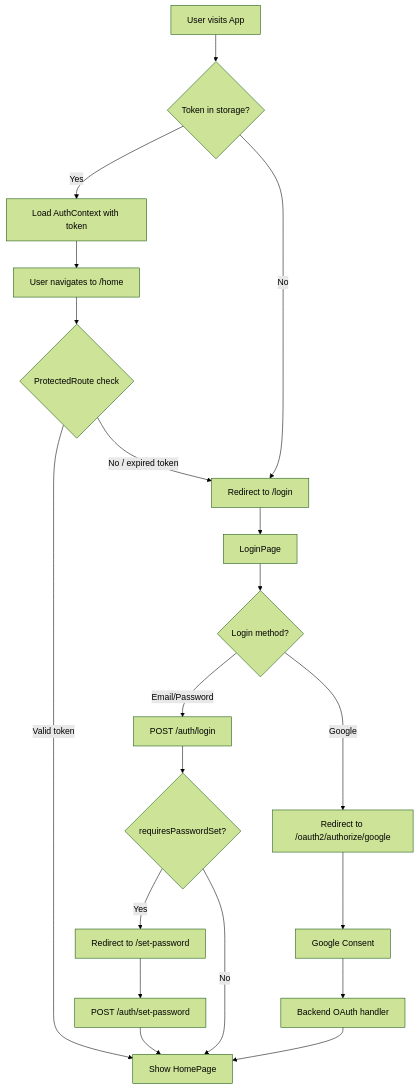
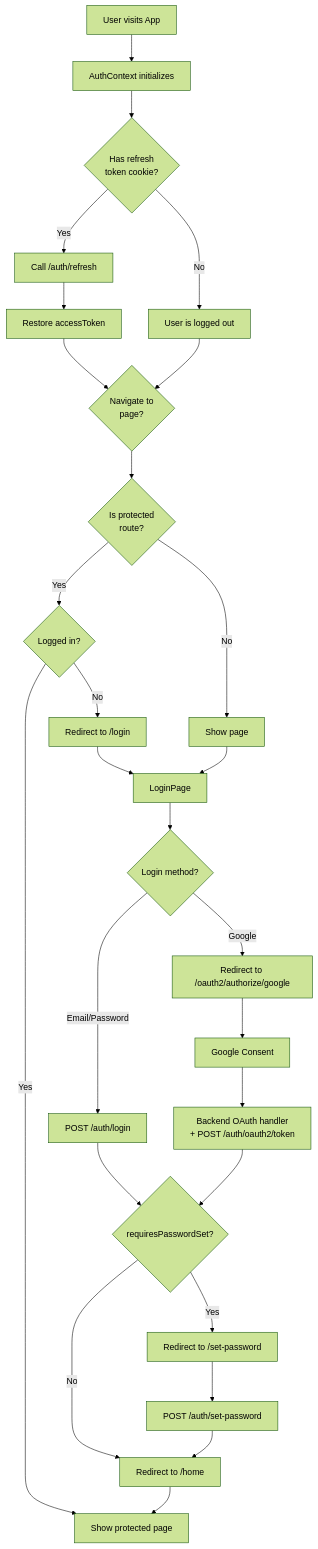
The first of 6 diagrams in docs/frontend-readme.md (akash-beura/login-system), drawn with Mermaid (forest theme) before and after one commit. The commit also changed other lines of this file and 136 other files, not shown here.

First line of the commit message:
[Feat] Added homepage + optimised login flow + restructured file structure + added monorepo. (#1)

````diff
--- a/docs/frontend-readme.md
+++ b/docs/frontend-readme.md
@@ -250,22 +492,29 @@
 ```mermaid
 flowchart TD
-    A[User visits App] --> B{Token in storage?}
-    B -- Yes --> C[Load AuthContext with token]
-    B -- No --> D[Redirect to /login]
-    C --> E[User navigates to /home]
-    E --> F{ProtectedRoute check}
-    F -- Valid token --> G[Show HomePage]
-    F -- No / expired token --> D
-    D --> H[LoginPage]
-    H --> I{Login method?}
-    I -- Email/Password --> J[POST /auth/login]
-    I -- Google --> K[Redirect to /oauth2/authorize/google]
-    J --> L{requiresPasswordSet?}
-    L -- Yes --> M[Redirect to /set-password]
-    L -- No --> G
-    K --> N[Google Consent]
-    N --> O[Backend OAuth handler]
-    O --> G
-    M --> P[POST /auth/set-password]
-    P --> G
+    A[User visits App] --> B[AuthContext initializes]
+    B --> C{Has refresh<br/>token cookie?}
+    C -- Yes --> D[Call /auth/refresh]
+    C -- No --> E[User is logged out]
+    D --> F[Restore accessToken]
+    F --> G{Navigate to<br/>page?}
+    E --> G
+    G --> H{Is protected<br/>route?}
+    H -- Yes --> I{Logged in?}
+    I -- Yes --> J[Show protected page]
+    I -- No --> K[Redirect to /login]
+    H -- No --> L[Show page]
+    K --> M[LoginPage]
+    L --> M
+    M --> N{Login method?}
+    N -- Email/Password --> O[POST /auth/login]
+    N -- Google --> P[Redirect to /oauth2/authorize/google]
+    O --> Q{requiresPasswordSet?}
+    Q -- Yes --> R[Redirect to /set-password]
+    Q -- No --> S[Redirect to /home]
+    P --> T[Google Consent]
+    T --> U[Backend OAuth handler<br/>+ POST /auth/oauth2/token]
+    U --> Q
+    R --> V[POST /auth/set-password]
+    V --> S
+    S --> J
 ```
````
